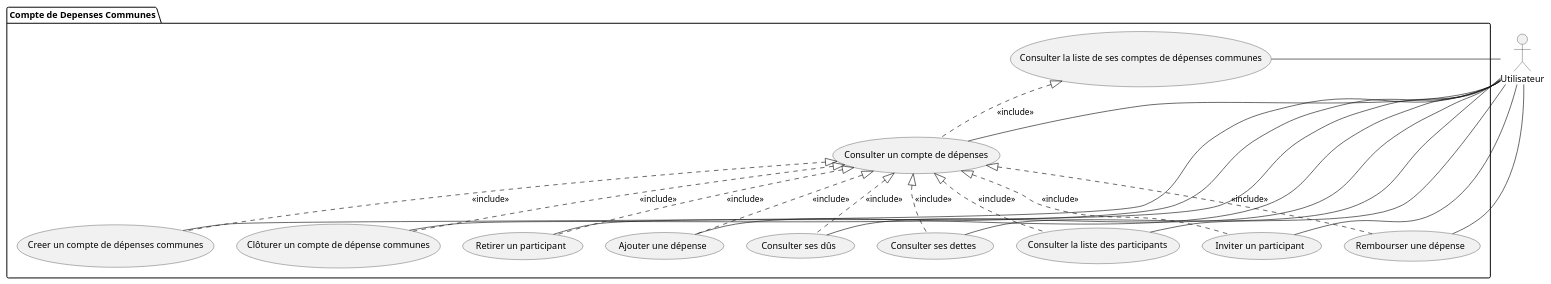
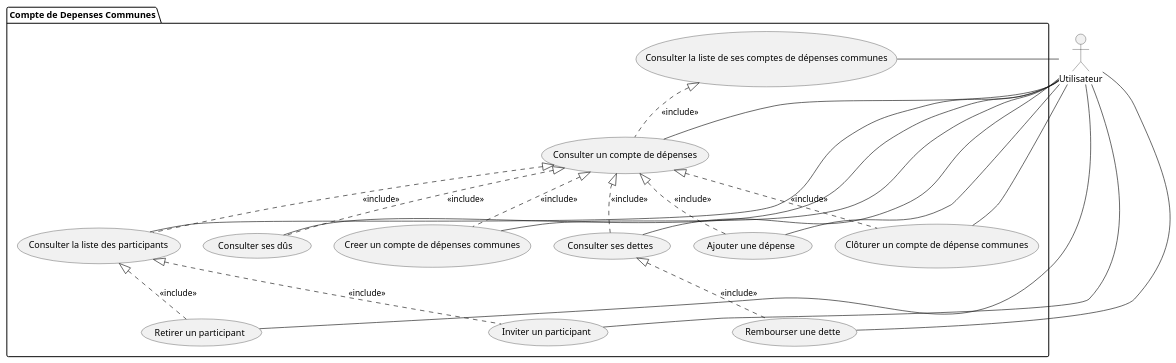
The diagram in diagrammes/specification/cas-utilisation/compte-depenses-communes.puml (lmtb06/sharecount), drawn with PlantUML before and after one commit. The commit also changed 5 other files, not shown here.

Commit message:
-correction diagrammes cas d'utilisation -correction diagramme de séquence -correction diagramme de classe

```diff
--- a/diagrammes/specification/cas-utilisation/compte-depenses-communes.puml
+++ b/diagrammes/specification/cas-utilisation/compte-depenses-communes.puml
@@ -1,41 +1,41 @@
 @startuml
 
 actor "Utilisateur" as user
 
 package "Compte de Depenses Communes" {
 	usecase "Consulter la liste de ses comptes de dépenses communes" as clcdc
 	usecase "Consulter un compte de dépenses" as ccd
 	usecase "Creer un compte de dépenses communes" as ccdc
 	usecase "Clôturer un compte de dépense communes" as cocdc
 	usecase "Consulter la liste des participants" as clp
 	usecase "Inviter un participant" as ip
 	usecase "Retirer un participant" as ri
 	usecase "Ajouter une dépense" as ad
-	usecase "Rembourser une dépense" as rd
+	usecase "Rembourser une dette" as rd
 	usecase "Consulter ses dûs" as cd
 	usecase "Consulter ses dettes" as cdt
 }
 '	appartenance
 	user	--	clcdc
 	user	--	ccd
 	user	-	ccdc
 	user	-	cocdc
 	user	---	clp
 	user	--	ip
 	user	-	ri
 	user	-	ad
 	user	--	rd
 	user	-	cd
 	user	-	cdt
 '	includes
 	clcdc 	<|.. ccd  	: <<include>>
 	ccd 		<|.. ccdc  	: <<include>>
 	ccd			<|..	cocdc : <<include>>
 	ccd			<|..	clp 	: <<include>>
-	ccd			<|..	ip 		: <<include>>
-	ccd			<|..	ri 		: <<include>>
+	clp			<|..	ip 		: <<include>>
+	clp			<|..	ri 		: <<include>>
 	ccd			<|..	ad 		: <<include>>
-	ccd			<|..	rd 		: <<include>>
+	cdt			<|..	rd 		: <<include>>
 	ccd			<|..	cd 		: <<include>>
 	ccd			<|..	cdt 	: <<include>>
 @enduml
```
